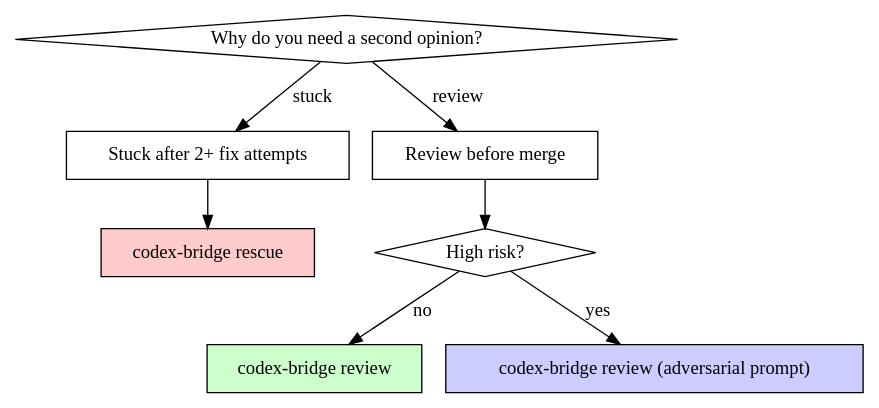
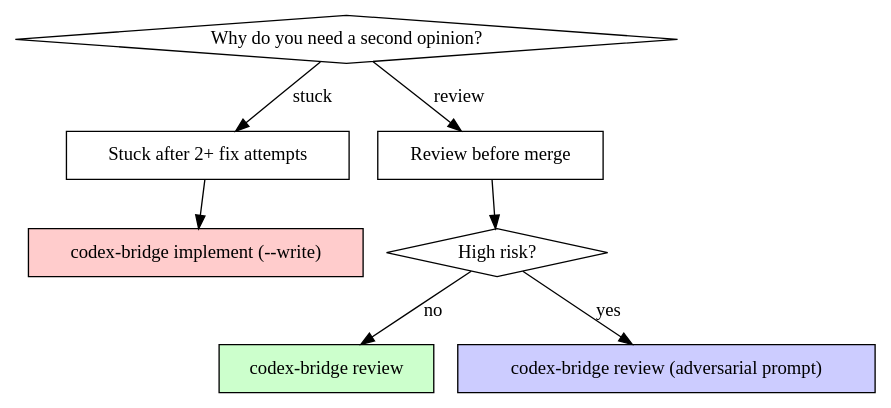
The diagram in skills/second-opinion/SKILL.md (sskys18/sspower), drawn with Graphviz before and after one commit. The commit also changed other lines of this file and 12 other files, not shown here.

````diff
--- a/skills/second-opinion/SKILL.md
+++ b/skills/second-opinion/SKILL.md
@@ -19,19 +19,19 @@
 ```dot
 digraph route {
     "Why do you need a second opinion?" [shape=diamond];
     "Stuck after 2+ fix attempts" [shape=box];
     "Review before merge" [shape=box];
     "High risk?" [shape=diamond];
 
-    "codex-bridge rescue" [shape=box, style=filled, fillcolor="#ffcccc"];
+    "codex-bridge implement (--write)" [shape=box, style=filled, fillcolor="#ffcccc"];
     "codex-bridge review" [shape=box, style=filled, fillcolor="#ccffcc"];
     "codex-bridge review (adversarial prompt)" [shape=box, style=filled, fillcolor="#ccccff"];
 
     "Why do you need a second opinion?" -> "Stuck after 2+ fix attempts" [label="stuck"];
     "Why do you need a second opinion?" -> "Review before merge" [label="review"];
-    "Stuck after 2+ fix attempts" -> "codex-bridge rescue";
+    "Stuck after 2+ fix attempts" -> "codex-bridge implement (--write)";
     "Review before merge" -> "High risk?";
     "High risk?" -> "codex-bridge review (adversarial prompt)" [label="yes"];
     "High risk?" -> "codex-bridge review" [label="no"];
 }
 ```
````
